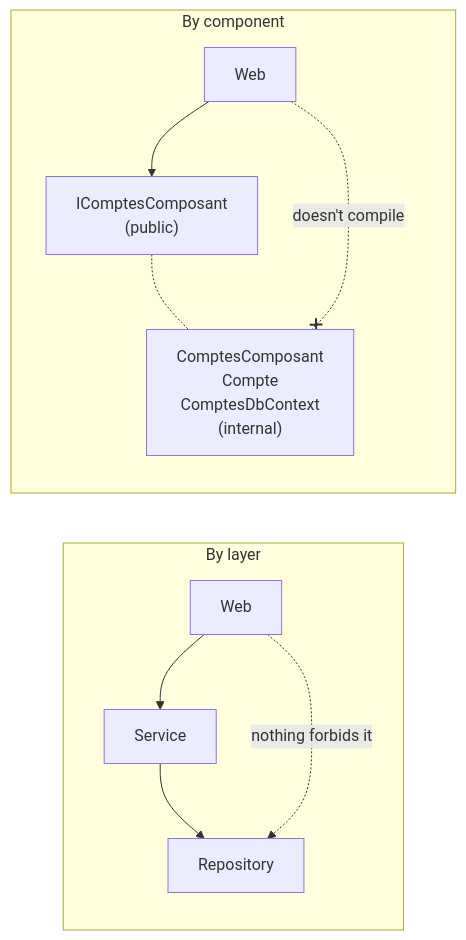
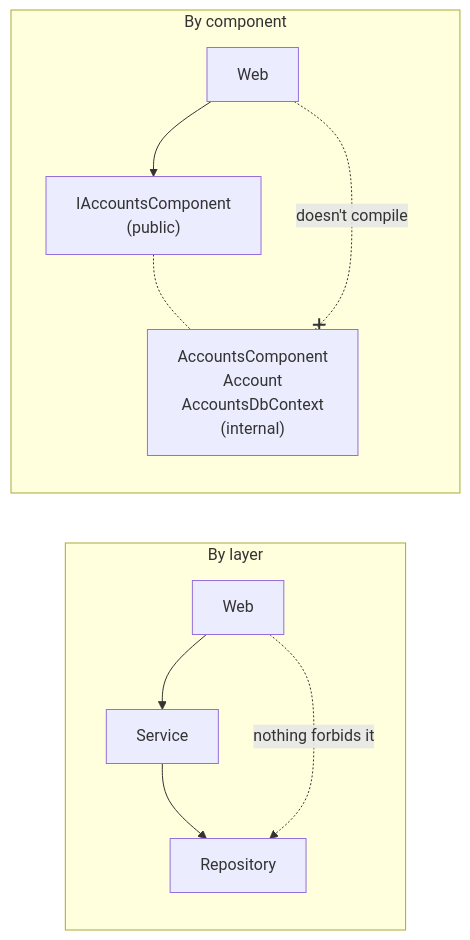
Before and after one commit to drangoht/ArchitecturesDemo: the first of 3 diagrams in Docs/en/06-composants.md, drawn with Mermaid. The commit also changed other lines of this file and 78 other files, not shown here.

First line of the commit message:
Docs EN : identifiants, liens, diagrammes et sorties alignés sur le code anglais

````diff
--- a/Docs/en/06-composants.md
+++ b/Docs/en/06-composants.md
@@ -17,14 +17,14 @@
 ```mermaid
 flowchart LR
     subgraph ParCouche["By layer"]
         direction TB
         a1["Web"] --> a2["Service"] --> a3["Repository"]
         a1 -. "nothing forbids it" .-> a3
     end
     subgraph ParComposant["By component"]
         direction TB
-        b1["Web"] --> b2["IComptesComposant<br/>(public)"]
-        b2 -.- b3["ComptesComposant<br/>Compte<br/>ComptesDbContext<br/>(internal)"]
+        b1["Web"] --> b2["IAccountsComponent<br/>(public)"]
+        b2 -.- b3["AccountsComponent<br/>Account<br/>AccountsDbContext<br/>(internal)"]
         b1 -. "doesn't compile" .-x b3
     end
 ```
````
